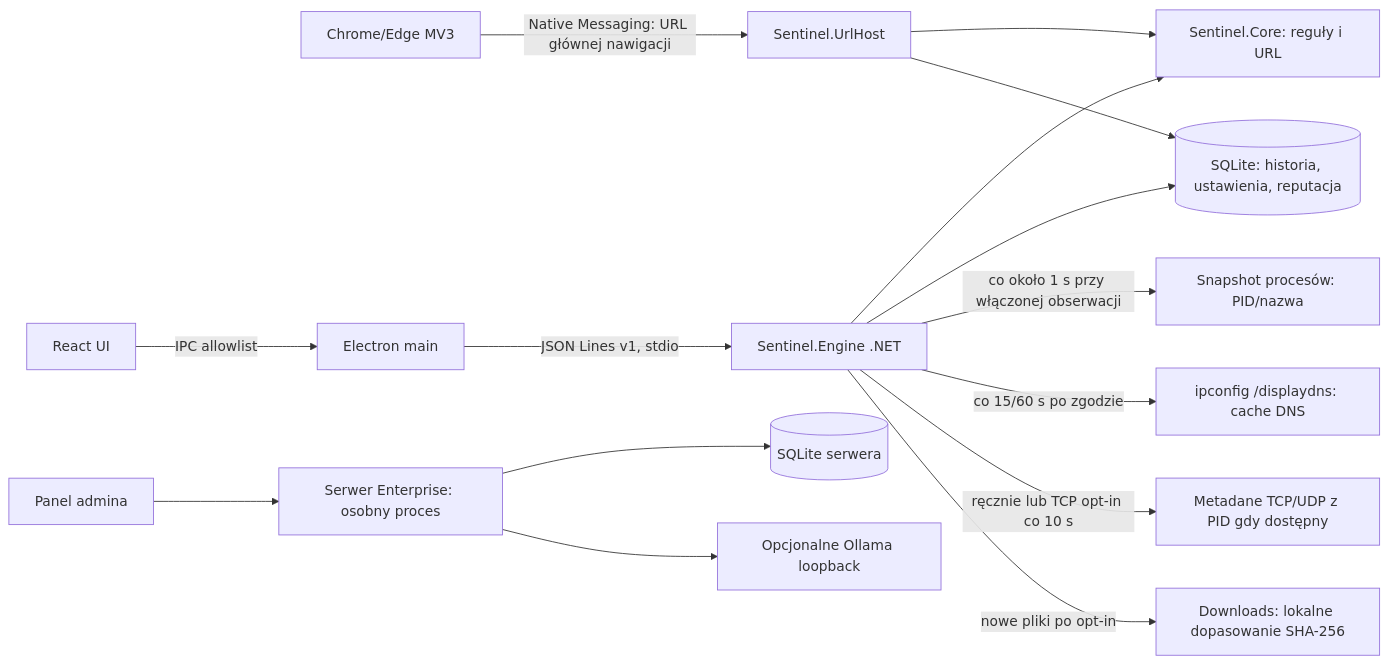
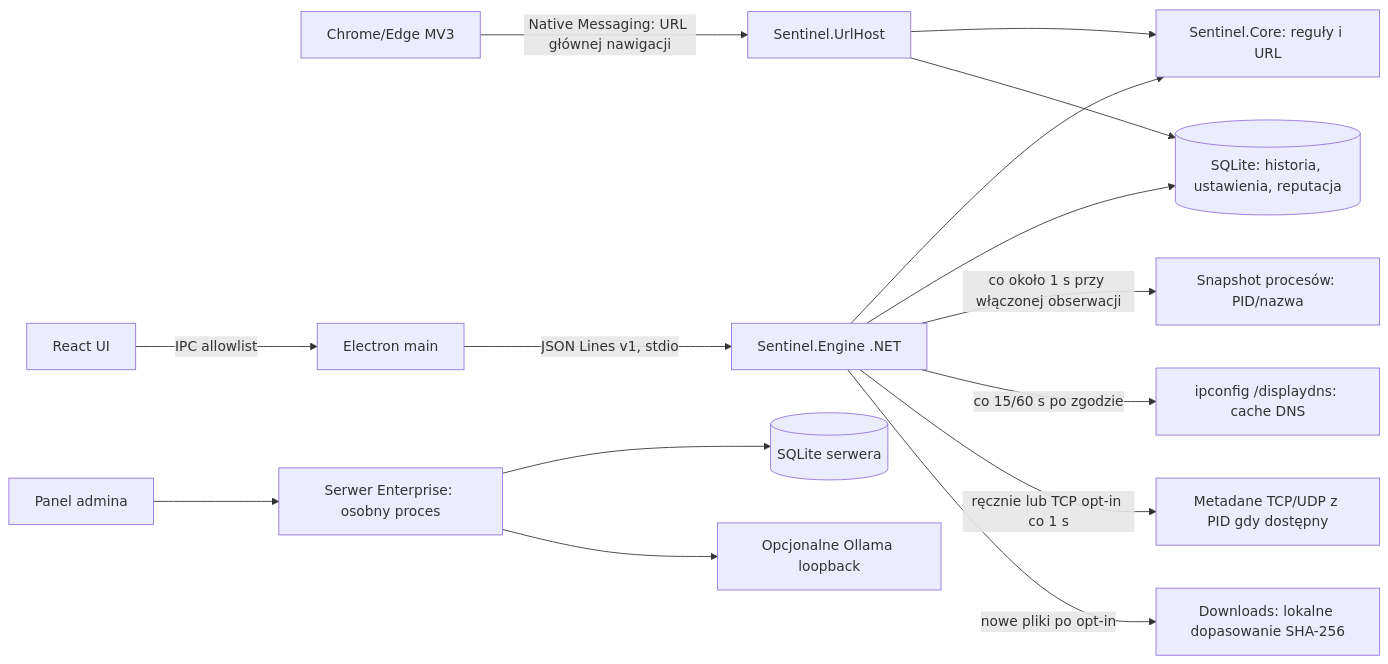
The diagram in docs/IMPLEMENTATION_GAP_ANALYSIS.md (Matyyyy68/asystent), drawn with Mermaid before and after one commit. The commit also changed other lines of this file and 6 other files, not shown here.

````diff
--- a/docs/IMPLEMENTATION_GAP_ANALYSIS.md
+++ b/docs/IMPLEMENTATION_GAP_ANALYSIS.md
@@ -14,17 +14,17 @@
 ```mermaid
 flowchart LR
   B[Chrome/Edge MV3] -->|Native Messaging: URL głównej nawigacji| H[Sentinel.UrlHost]
   UI[React UI] -->|IPC allowlist| E[Electron main]
   E -->|JSON Lines v1, stdio| P[Sentinel.Engine .NET]
   P --> C[Sentinel.Core: reguły i URL]
   P --> DB[(SQLite: historia, ustawienia, reputacja)]
   P -->|co około 1 s przy włączonej obserwacji| PROC[Snapshot procesów: PID/nazwa]
   P -->|co 15/60 s po zgodzie| DNS[ipconfig /displaydns: cache DNS]
-  P -->|ręcznie lub TCP opt-in co 10 s| TCP[Metadane TCP/UDP z PID gdy dostępny]
+  P -->|ręcznie lub TCP opt-in co 1 s| TCP[Metadane TCP/UDP z PID gdy dostępny]
   P -->|nowe pliki po opt-in| FILE[Downloads: lokalne dopasowanie SHA-256]
   H --> C
   H --> DB
   SUI[Panel admina] --> API[Serwer Enterprise: osobny proces]
   API --> SDB[(SQLite serwera)]
   API --> AI[Opcjonalne Ollama loopback]
 ```
````
